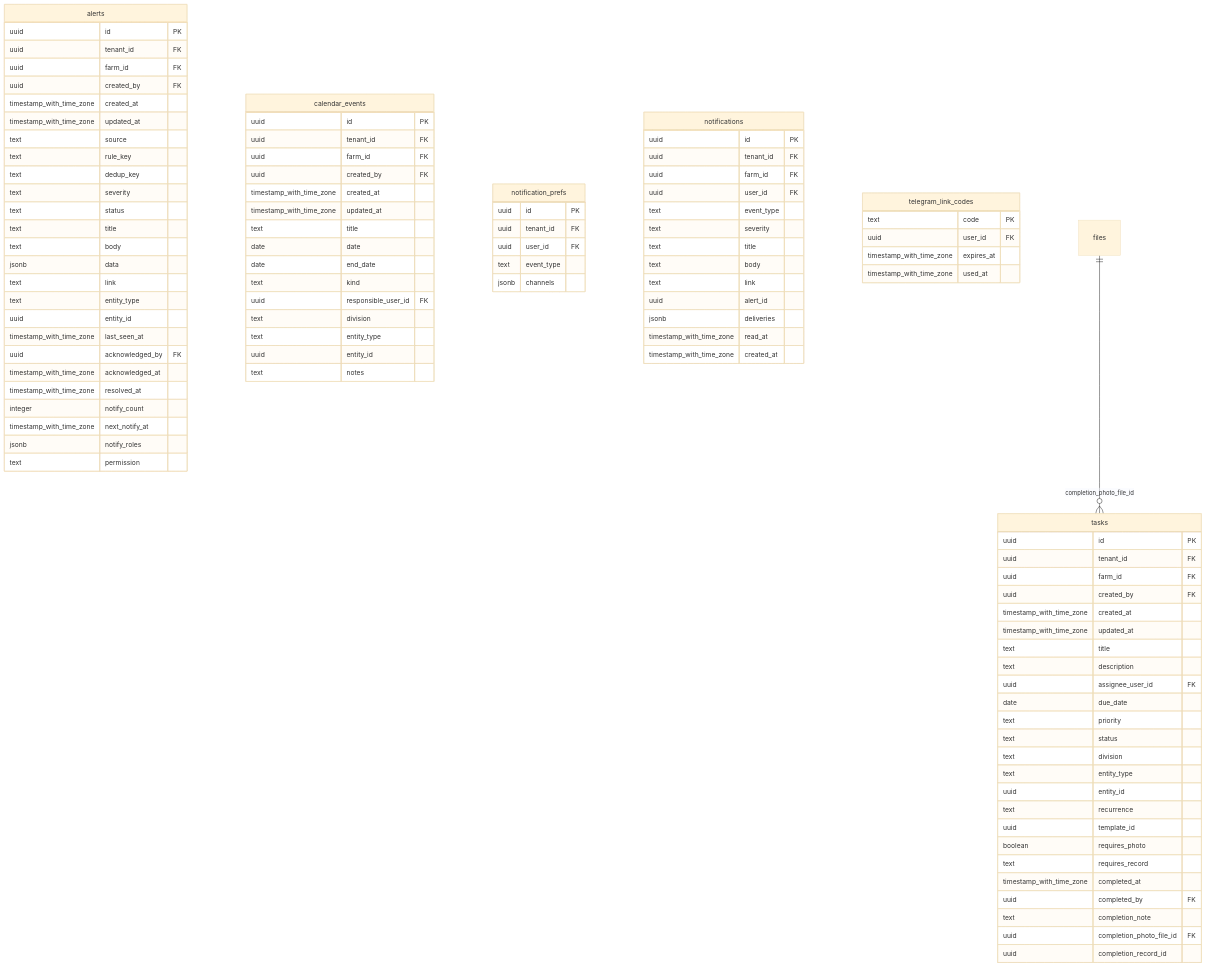
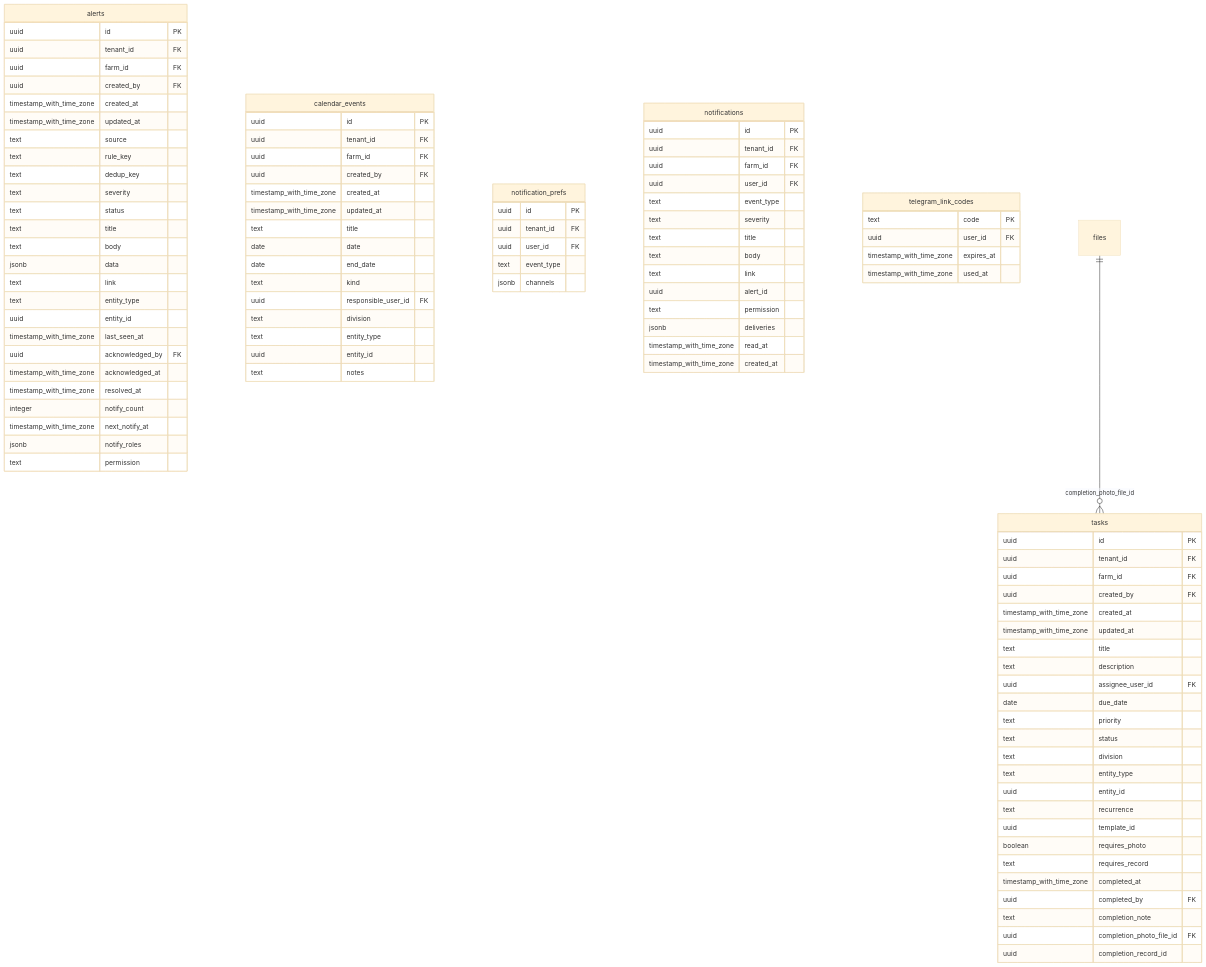
The tenth of 13 diagrams in docs/erd.md (khurshidnm/yuksalish-agro), drawn with Mermaid (base theme) before and after one commit. The commit also changed other lines of this file and 374 other files, not shown here.

```diff
--- a/docs/erd.md
+++ b/docs/erd.md
@@ -1539,6 +1562,7 @@
     text body
     text link
     uuid alert_id
+    text permission
     jsonb deliveries
     timestamp_with_time_zone read_at
     timestamp_with_time_zone created_at
```
